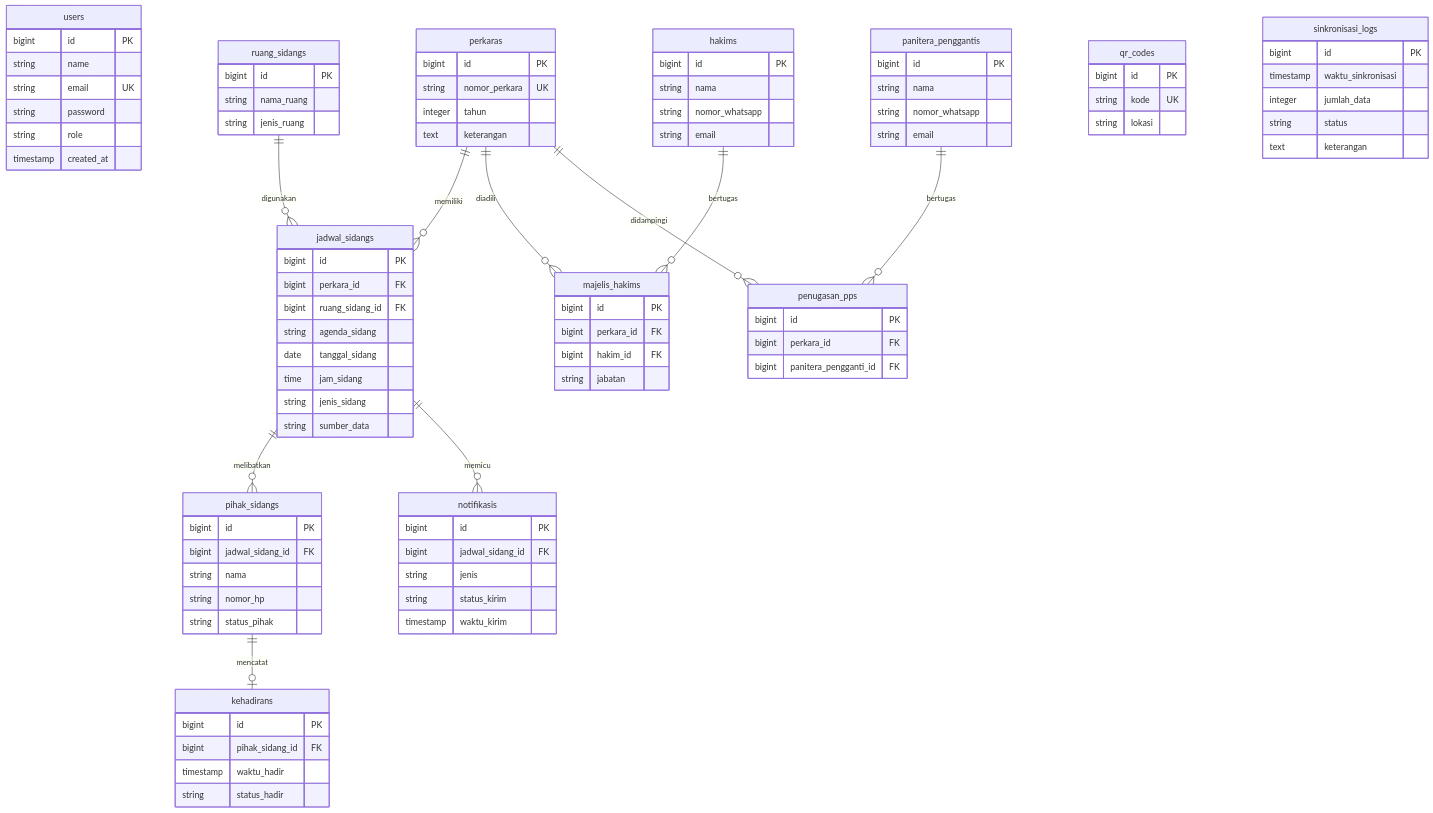
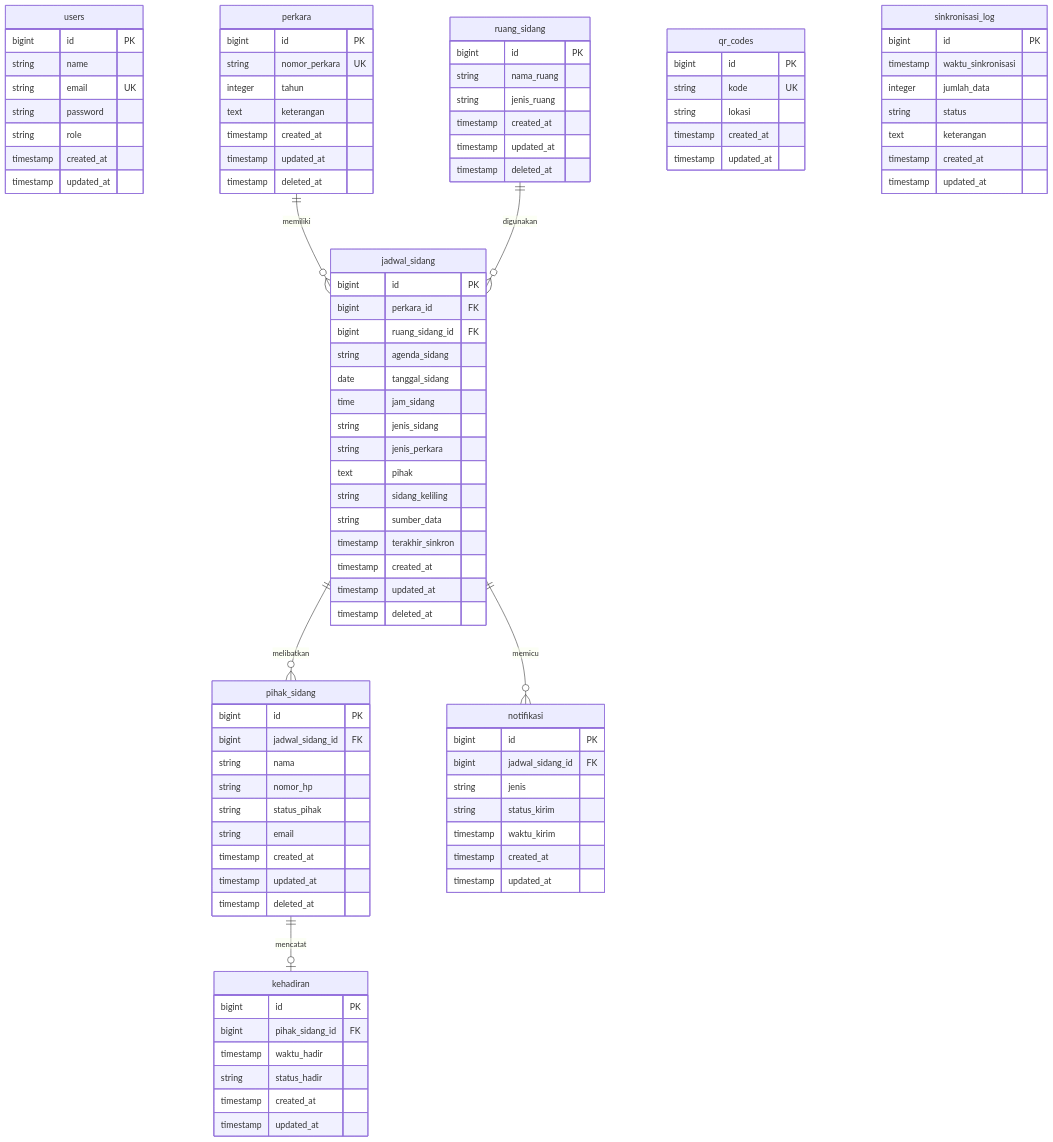
One commit to crazykillerrr/absen-sidang changed the sixth of 6 diagrams in laporan_skp_absen_sidang.md. Above: the diagram before and after it, drawn with Mermaid. The commit also changed other lines of this file and 17 other files, not shown here.

````diff
--- a/laporan_skp_absen_sidang.md
+++ b/laporan_skp_absen_sidang.md
@@ -109,31 +467,26 @@
         string password
         string role
         timestamp created_at
+        timestamp updated_at
     }
-    hakims {
-        bigint id PK
-        string nama
-        string nomor_whatsapp
-        string email
-    }
-    panitera_penggantis {
-        bigint id PK
-        string nama
-        string nomor_whatsapp
-        string email
-    }
-    perkaras {
+    perkara {
         bigint id PK
         string nomor_perkara UK
         integer tahun
         text keterangan
+        timestamp created_at
+        timestamp updated_at
+        timestamp deleted_at
     }
-    ruang_sidangs {
+    ruang_sidang {
         bigint id PK
         string nama_ruang
         string jenis_ruang
+        timestamp created_at
+        timestamp updated_at
+        timestamp deleted_at
     }
-    jadwal_sidangs {
+    jadwal_sidang {
         bigint id PK
         bigint perkara_id FK
         bigint ruang_sidang_id FK
@@ -141,59 +494,63 @@
         date tanggal_sidang
         time jam_sidang
         string jenis_sidang
+        string jenis_perkara
+        text pihak
+        string sidang_keliling
         string sumber_data
+        timestamp terakhir_sinkron
+        timestamp created_at
+        timestamp updated_at
+        timestamp deleted_at
     }
-    majelis_hakims {
-        bigint id PK
-        bigint perkara_id FK
-        bigint hakim_id FK
-        string jabatan
-    }
-    penugasan_pps {
-        bigint id PK
-        bigint perkara_id FK
-        bigint panitera_pengganti_id FK
-    }
-    pihak_sidangs {
+    pihak_sidang {
         bigint id PK
         bigint jadwal_sidang_id FK
         string nama
         string nomor_hp
         string status_pihak
+        string email
+        timestamp created_at
+        timestamp updated_at
+        timestamp deleted_at
     }
     qr_codes {
         bigint id PK
         string kode UK
         string lokasi
+        timestamp created_at
+        timestamp updated_at
     }
-    notifikasis {
+    notifikasi {
         bigint id PK
         bigint jadwal_sidang_id FK
         string jenis
         string status_kirim
         timestamp waktu_kirim
+        timestamp created_at
+        timestamp updated_at
     }
-    kehadirans {
+    kehadiran {
         bigint id PK
         bigint pihak_sidang_id FK
         timestamp waktu_hadir
         string status_hadir
+        timestamp created_at
+        timestamp updated_at
     }
-    sinkronisasi_logs {
+    sinkronisasi_log {
         bigint id PK
         timestamp waktu_sinkronisasi
         integer jumlah_data
         string status
         text keterangan
+        timestamp created_at
+        timestamp updated_at
     }
 
-    perkaras ||--o{ jadwal_sidangs : "memiliki"
-    ruang_sidangs ||--o{ jadwal_sidangs : "digunakan"
-    perkaras ||--o{ majelis_hakims : "diadili"
-    hakims ||--o{ majelis_hakims : "bertugas"
-    perkaras ||--o{ penugasan_pps : "didampingi"
-    panitera_penggantis ||--o{ penugasan_pps : "bertugas"
-    jadwal_sidangs ||--o{ pihak_sidangs : "melibatkan"
-    jadwal_sidangs ||--o{ notifikasis : "memicu"
-    pihak_sidangs ||--o| kehadirans : "mencatat"
+    perkara ||--o{ jadwal_sidang : "memiliki"
+    ruang_sidang ||--o{ jadwal_sidang : "digunakan"
+    jadwal_sidang ||--o{ pihak_sidang : "melibatkan"
+    jadwal_sidang ||--o{ notifikasi : "memicu"
+    pihak_sidang ||--o| kehadiran : "mencatat"
 ```
````
